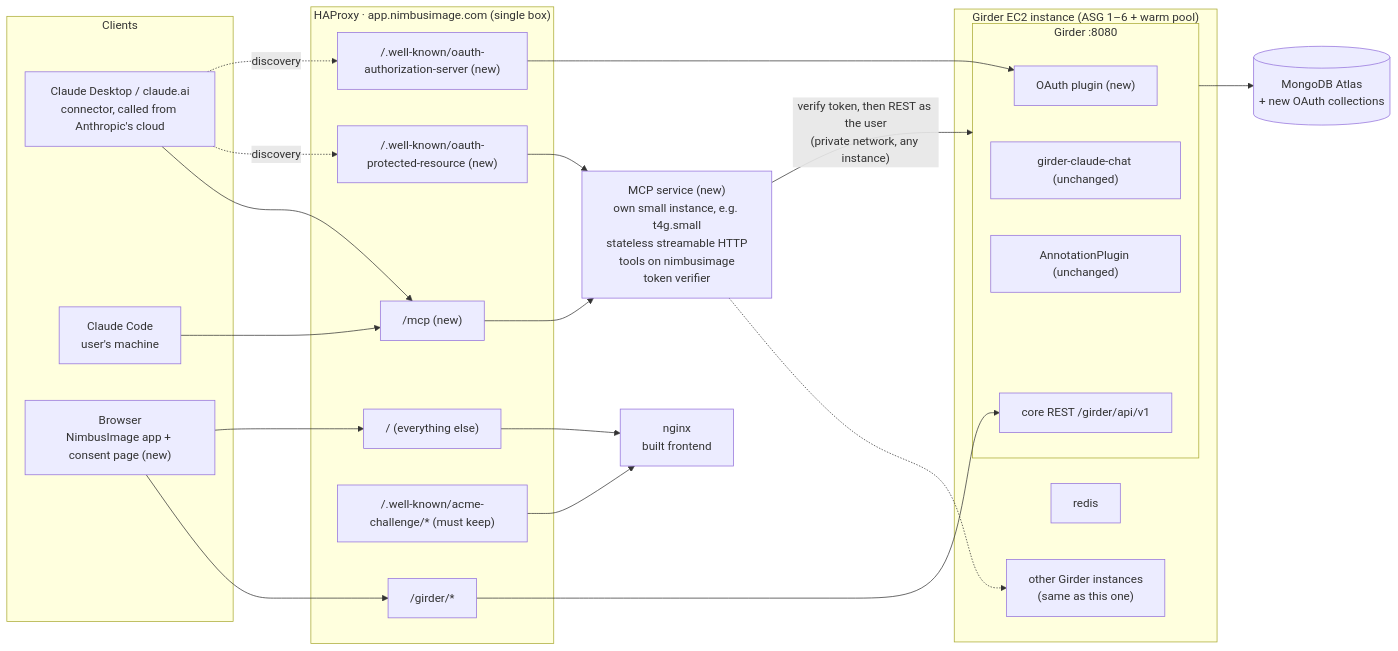
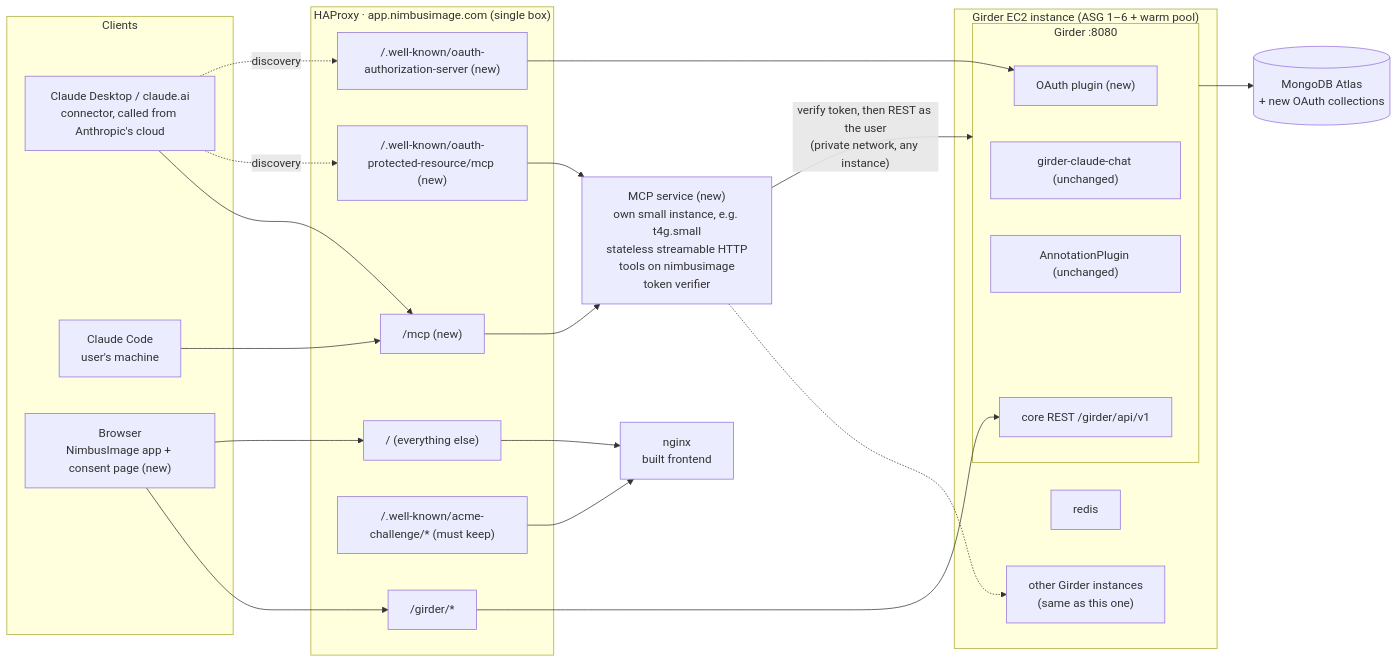
The first of 3 diagrams in codebaseDocumentation/NIMBUSIMAGE_MCP_SERVER.md (Kitware/UPennContrast), drawn with Mermaid before and after one commit. The commit also changed other lines of this file and 6 other files, not shown here.

````diff
--- a/codebaseDocumentation/NIMBUSIMAGE_MCP_SERVER.md
+++ b/codebaseDocumentation/NIMBUSIMAGE_MCP_SERVER.md
@@ -116,50 +118,50 @@
 ```mermaid
 flowchart LR
   subgraph clients[Clients]
     CD["Claude Desktop / claude.ai<br/>connector, called from Anthropic's cloud"]
     CC["Claude Code<br/>user's machine"]
     BR["Browser<br/>NimbusImage app + consent page (new)"]
   end
 
   subgraph hap["HAProxy · app.nimbusimage.com (single box)"]
     R1["/mcp (new)"]
-    R2["/.well-known/oauth-protected-resource (new)"]
+    R2["/.well-known/oauth-protected-resource/mcp (new)"]
     R3["/.well-known/oauth-authorization-server (new)"]
     R4["/girder/*"]
     R5["/.well-known/acme-challenge/* (must keep)"]
     R6["/ (everything else)"]
   end
 
   NG["nginx<br/>built frontend"]
 
   SC["MCP service (new)<br/>own small instance, e.g. t4g.small<br/>stateless streamable HTTP<br/>tools on nimbusimage<br/>token verifier"]
 
   subgraph inst["Girder EC2 instance (ASG 1–6 + warm pool)"]
     GIRDERS["other Girder instances<br/>(same as this one)"]
     subgraph gir["Girder :8080"]
       OA["OAuth plugin (new)"]
       CH["girder-claude-chat (unchanged)"]
       AP["AnnotationPlugin (unchanged)"]
       REST["core REST /girder/api/v1"]
     end
     RD["redis"]
   end
 
   DB[("MongoDB Atlas<br/>+ new OAuth collections")]
 
   CD --> R1
   CC --> R1
   CD -.discovery.-> R2
   CD -.discovery.-> R3
   BR --> R4
   BR --> R6
   R1 --> SC
   R2 --> SC
   R3 --> OA
   R4 --> REST
   R5 --> NG
   R6 --> NG
   SC -- "verify token, then REST as the user<br/>(private network, any instance)" --> gir
   SC -.-> GIRDERS
   gir --> DB
 ```
````
